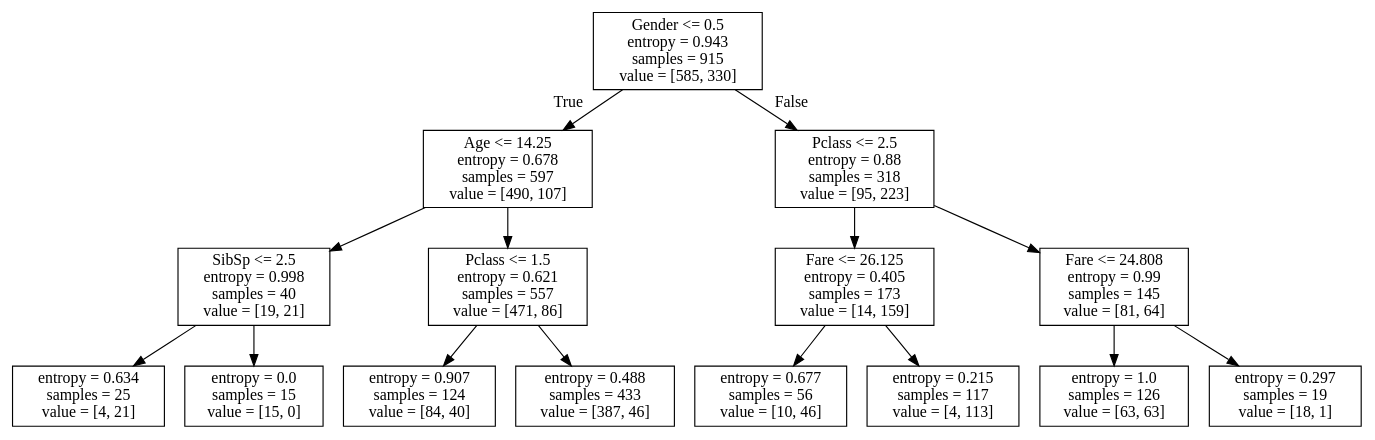
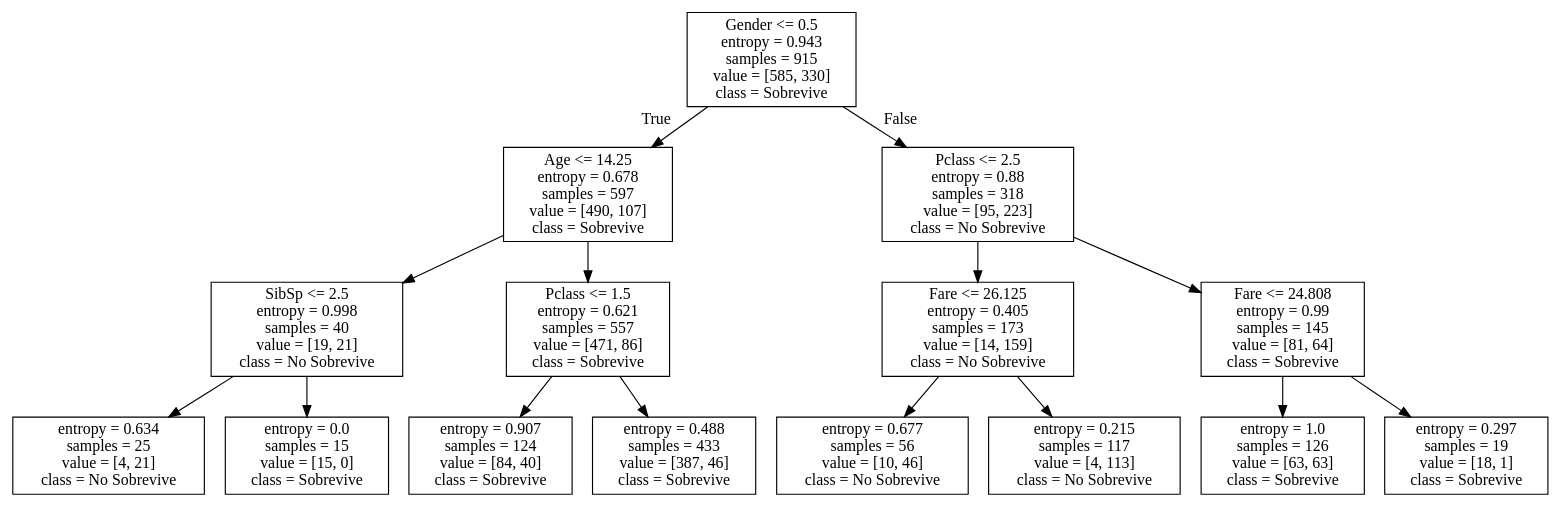
The diagram in Unidad 4/titanic.dot (FranciscoFavela/Analisis-De-Datos-Masivos), drawn with Graphviz before and after one commit. The commit also changed 5 other files, not shown here.

```diff
--- a/Unidad 4/titanic.dot
+++ b/Unidad 4/titanic.dot
@@ -1,32 +1,32 @@
 digraph Tree {
 node [shape=box] ;
-0 [label="Gender <= 0.5\nentropy = 0.943\nsamples = 915\nvalue = [585, 330]"] ;
-1 [label="Age <= 14.25\nentropy = 0.678\nsamples = 597\nvalue = [490, 107]"] ;
+0 [label="Gender <= 0.5\nentropy = 0.943\nsamples = 915\nvalue = [585, 330]\nclass = Sobrevive"] ;
+1 [label="Age <= 14.25\nentropy = 0.678\nsamples = 597\nvalue = [490, 107]\nclass = Sobrevive"] ;
 0 -> 1 [labeldistance=2.5, labelangle=45, headlabel="True"] ;
-2 [label="SibSp <= 2.5\nentropy = 0.998\nsamples = 40\nvalue = [19, 21]"] ;
+2 [label="SibSp <= 2.5\nentropy = 0.998\nsamples = 40\nvalue = [19, 21]\nclass = No Sobrevive"] ;
 1 -> 2 ;
-3 [label="entropy = 0.634\nsamples = 25\nvalue = [4, 21]"] ;
+3 [label="entropy = 0.634\nsamples = 25\nvalue = [4, 21]\nclass = No Sobrevive"] ;
 2 -> 3 ;
-4 [label="entropy = 0.0\nsamples = 15\nvalue = [15, 0]"] ;
+4 [label="entropy = 0.0\nsamples = 15\nvalue = [15, 0]\nclass = Sobrevive"] ;
 2 -> 4 ;
-5 [label="Pclass <= 1.5\nentropy = 0.621\nsamples = 557\nvalue = [471, 86]"] ;
+5 [label="Pclass <= 1.5\nentropy = 0.621\nsamples = 557\nvalue = [471, 86]\nclass = Sobrevive"] ;
 1 -> 5 ;
-6 [label="entropy = 0.907\nsamples = 124\nvalue = [84, 40]"] ;
+6 [label="entropy = 0.907\nsamples = 124\nvalue = [84, 40]\nclass = Sobrevive"] ;
 5 -> 6 ;
-7 [label="entropy = 0.488\nsamples = 433\nvalue = [387, 46]"] ;
+7 [label="entropy = 0.488\nsamples = 433\nvalue = [387, 46]\nclass = Sobrevive"] ;
 5 -> 7 ;
-8 [label="Pclass <= 2.5\nentropy = 0.88\nsamples = 318\nvalue = [95, 223]"] ;
+8 [label="Pclass <= 2.5\nentropy = 0.88\nsamples = 318\nvalue = [95, 223]\nclass = No Sobrevive"] ;
 0 -> 8 [labeldistance=2.5, labelangle=-45, headlabel="False"] ;
-9 [label="Fare <= 26.125\nentropy = 0.405\nsamples = 173\nvalue = [14, 159]"] ;
+9 [label="Fare <= 26.125\nentropy = 0.405\nsamples = 173\nvalue = [14, 159]\nclass = No Sobrevive"] ;
 8 -> 9 ;
-10 [label="entropy = 0.677\nsamples = 56\nvalue = [10, 46]"] ;
+10 [label="entropy = 0.677\nsamples = 56\nvalue = [10, 46]\nclass = No Sobrevive"] ;
 9 -> 10 ;
-11 [label="entropy = 0.215\nsamples = 117\nvalue = [4, 113]"] ;
+11 [label="entropy = 0.215\nsamples = 117\nvalue = [4, 113]\nclass = No Sobrevive"] ;
 9 -> 11 ;
-12 [label="Fare <= 24.808\nentropy = 0.99\nsamples = 145\nvalue = [81, 64]"] ;
+12 [label="Fare <= 24.808\nentropy = 0.99\nsamples = 145\nvalue = [81, 64]\nclass = Sobrevive"] ;
 8 -> 12 ;
-13 [label="entropy = 1.0\nsamples = 126\nvalue = [63, 63]"] ;
+13 [label="entropy = 1.0\nsamples = 126\nvalue = [63, 63]\nclass = Sobrevive"] ;
 12 -> 13 ;
-14 [label="entropy = 0.297\nsamples = 19\nvalue = [18, 1]"] ;
+14 [label="entropy = 0.297\nsamples = 19\nvalue = [18, 1]\nclass = Sobrevive"] ;
 12 -> 14 ;
 }
```
